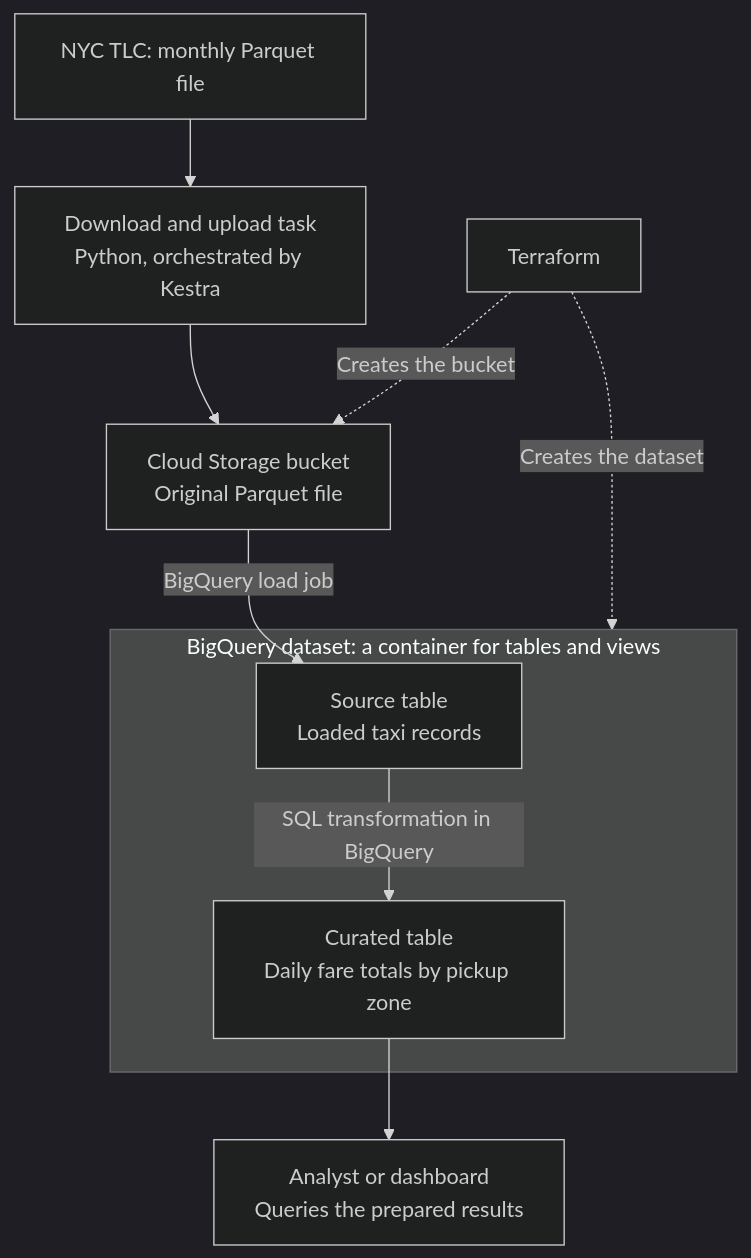
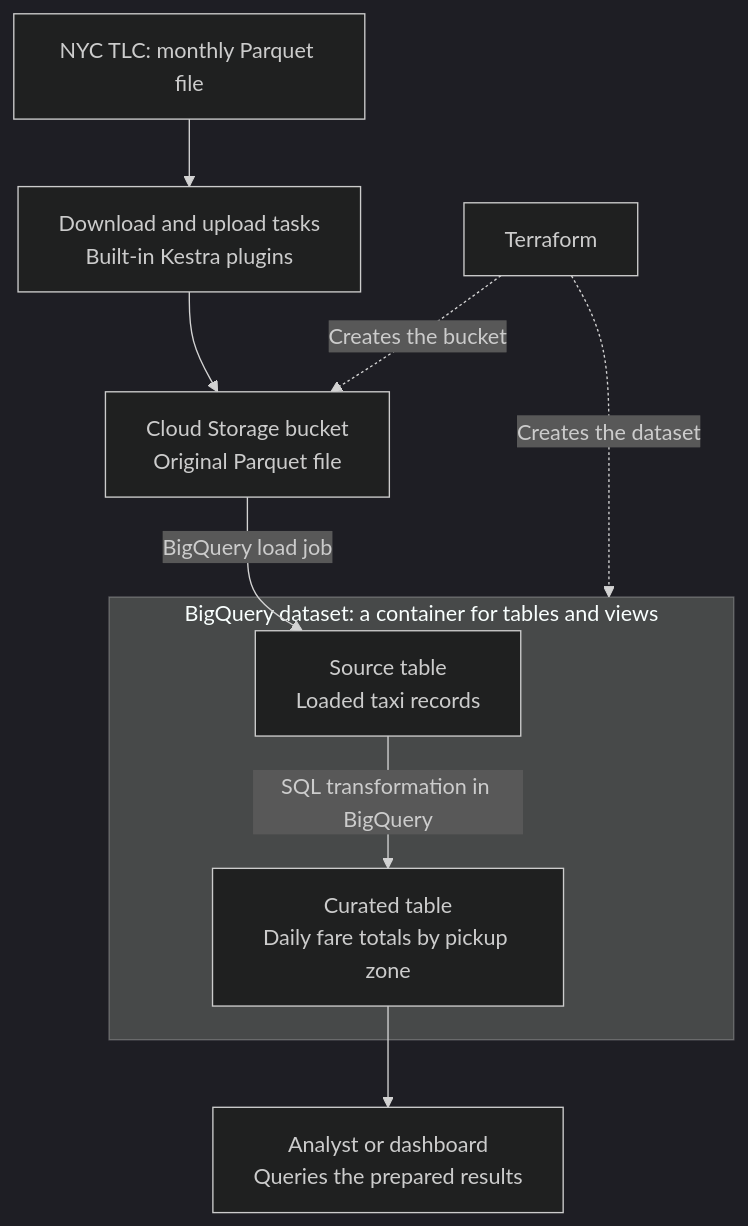
Before and after one commit to avafor/DataEngineering_HSLU: the second of 2 diagrams in weeks/11-cloud-platform-and-terraform/part-1-platform-map.md, drawn with Mermaid (dark theme). The commit also changed 4 other files, not shown here.

````diff
--- a/weeks/11-cloud-platform-and-terraform/part-1-platform-map.md
+++ b/weeks/11-cloud-platform-and-terraform/part-1-platform-map.md
@@ -47,12 +47,12 @@
 ```mermaid
 flowchart TD
-    S["NYC TLC: monthly Parquet file"] --> I["Download and upload task<br/>Python, orchestrated by Kestra"]
+    S["NYC TLC: monthly Parquet file"] --> I["Download and upload tasks<br/>Built-in Kestra plugins"]
     I --> B["Cloud Storage bucket<br/>Original Parquet file"]
     B -->|BigQuery load job| R
     subgraph D["BigQuery dataset: a container for tables and views"]
         R["Source table<br/>Loaded taxi records"] -->|SQL transformation in BigQuery| C["Curated table<br/>Daily fare totals by pickup zone"]
     end
     C --> U["Analyst or dashboard<br/>Queries the prepared results"]
     T["Terraform"] -.->|Creates the bucket| B
     T -.->|Creates the dataset| D
 ```
````
